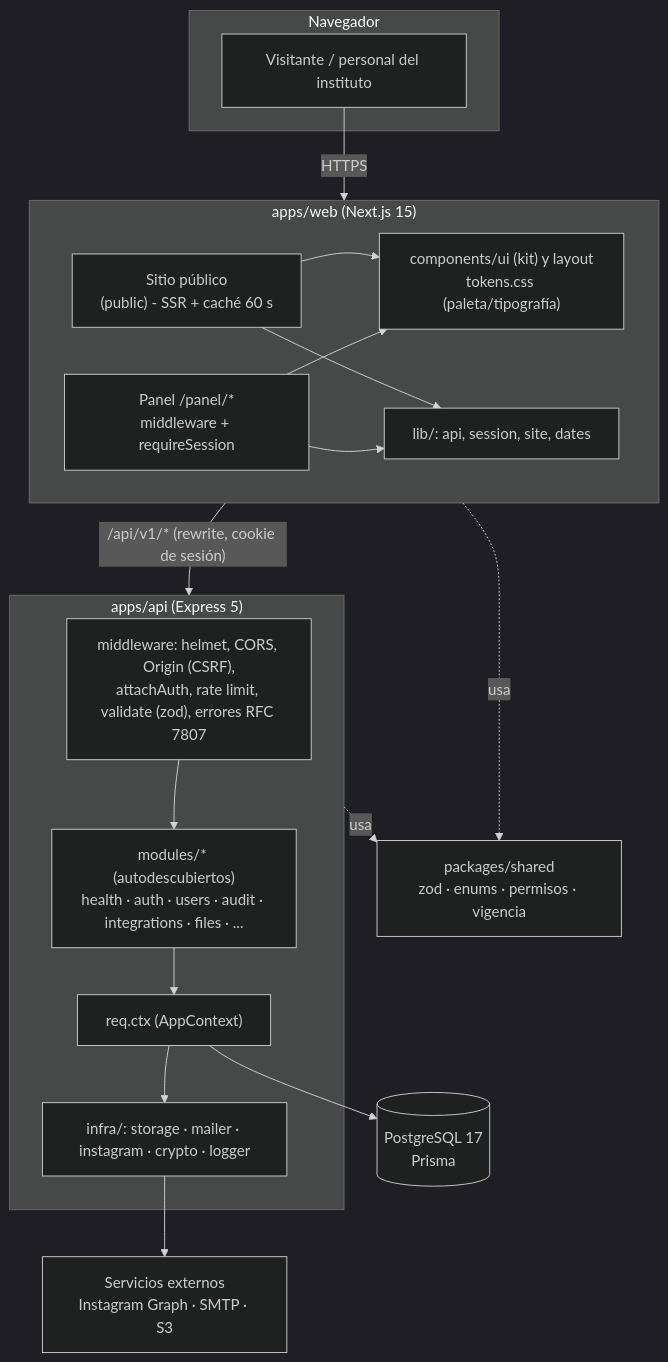
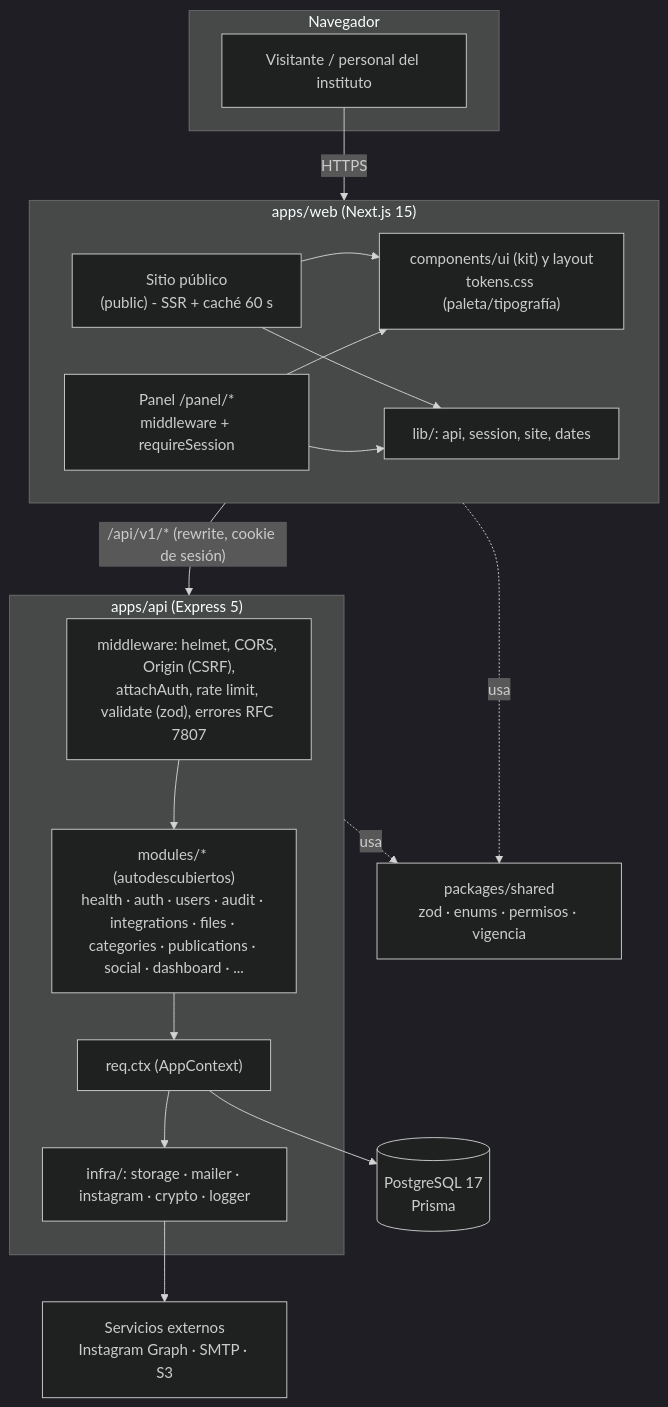
One commit to IFTS29-TalentoTech/ifts2-plataforma changed the first of 3 diagrams in docs/ARQUITECTURA.md. Above: the diagram before and after it, drawn with Mermaid (dark theme). The commit also changed 12 other files, not shown here.

````diff
--- a/docs/ARQUITECTURA.md
+++ b/docs/ARQUITECTURA.md
@@ -7,36 +7,36 @@
 ```mermaid
 flowchart TB
   subgraph Navegador
     B[Visitante / personal del instituto]
   end
 
   subgraph WEB["apps/web (Next.js 15)"]
     PUB["Sitio público<br/>(public) - SSR + caché 60 s"]
     PAN["Panel /panel/*<br/>middleware + requireSession"]
     UI["components/ui (kit) y layout<br/>tokens.css (paleta/tipografía)"]
     LIB["lib/: api, session, site, dates"]
     PUB --> UI
     PAN --> UI
     PUB --> LIB
     PAN --> LIB
   end
 
   subgraph API["apps/api (Express 5)"]
     MW["middleware: helmet, CORS, Origin (CSRF),<br/>attachAuth, rate limit, validate (zod), errores RFC 7807"]
-    MOD["modules/* (autodescubiertos)<br/>health · auth · users · audit · integrations · files · ..."]
+    MOD["modules/* (autodescubiertos)<br/>health · auth · users · audit · integrations · files · categories · publications · social · dashboard · ..."]
     CTX["req.ctx (AppContext)"]
     INFRA["infra/: storage · mailer · instagram · crypto · logger"]
     MW --> MOD --> CTX --> INFRA
   end
 
   SH["packages/shared<br/>zod · enums · permisos · vigencia"]
   DB[("PostgreSQL 17<br/>Prisma")]
   EXT["Servicios externos<br/>Instagram Graph · SMTP · S3"]
 
   B -->|HTTPS| WEB
   WEB -->|"/api/v1/* (rewrite, cookie de sesión)"| API
   WEB -. usa .-> SH
   API -. usa .-> SH
   CTX --> DB
   INFRA --> EXT
 ```
````
